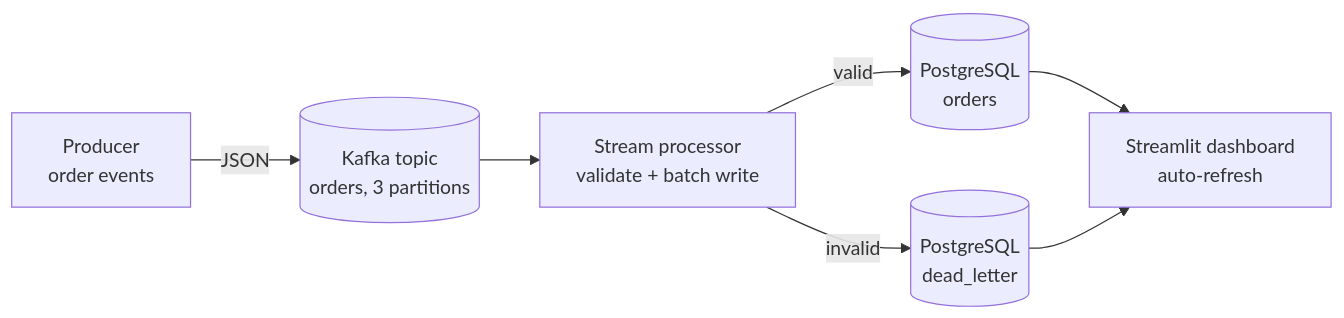
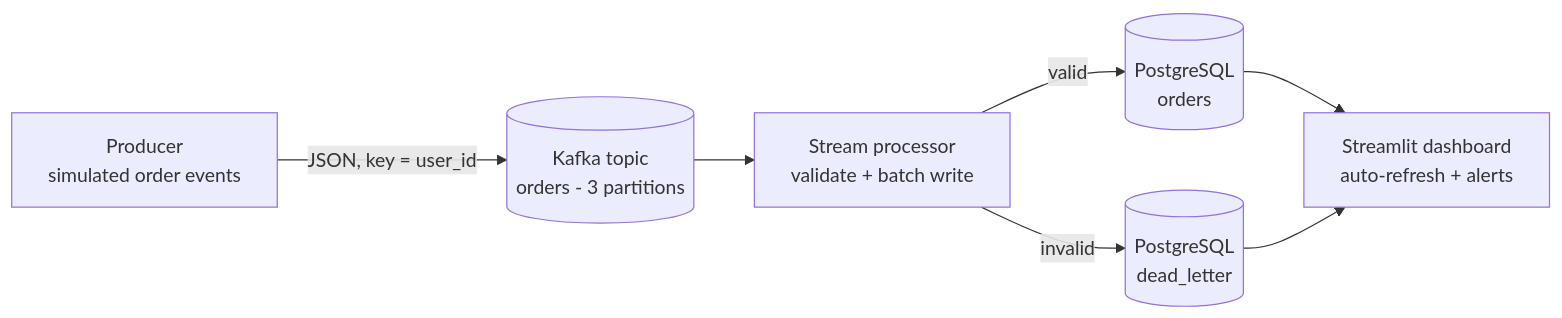
Before and after one commit to theyashkhatri/Real-Time-Data-Pipeline-with-Streaming-Ingestion-and-Live-Dashboard: the diagram in README.md, drawn with Mermaid. The commit also changed other lines of this file, not shown here.

First line of the commit message:
Rewrite README with badges, data contract, alerts and troubleshooting

````diff
--- a/README.md
+++ b/README.md
@@ -13,9 +42,9 @@
 ```mermaid
 flowchart LR
-    P[Producer<br/>order events] -->|JSON| K[(Kafka topic<br/>orders, 3 partitions)]
-    K --> C[Stream processor<br/>validate + batch write]
-    C -->|valid| O[(PostgreSQL<br/>orders)]
-    C -->|invalid| D[(PostgreSQL<br/>dead_letter)]
-    O --> S[Streamlit dashboard<br/>auto-refresh]
+    P["Producer<br/>simulated order events"] -->|JSON, key = user_id| K[("Kafka topic<br/>orders - 3 partitions")]
+    K --> C["Stream processor<br/>validate + batch write"]
+    C -->|valid| O[("PostgreSQL<br/>orders")]
+    C -->|invalid| D[("PostgreSQL<br/>dead_letter")]
+    O --> S["Streamlit dashboard<br/>auto-refresh + alerts"]
     D --> S
 ```
````
